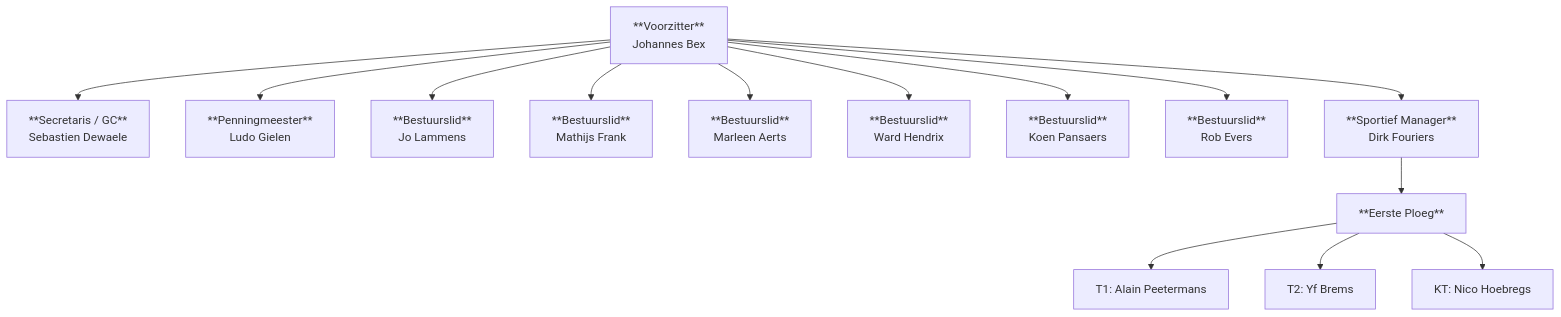
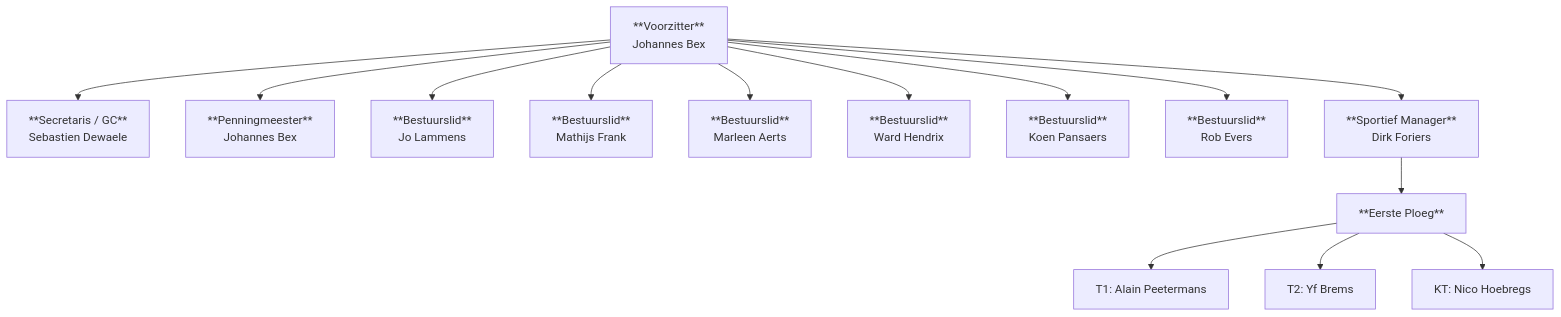
One commit to NielsJacobsDev/fc-landen changed the diagram in src/assets/blog/clubinfo/organogram.md. Above: the diagram before and after it, drawn with Mermaid. The commit also changed 3 other files, not shown here.

````diff
--- a/src/assets/blog/clubinfo/organogram.md
+++ b/src/assets/blog/clubinfo/organogram.md
@@ -16,31 +16,31 @@
 ```mermaid
 flowchart TD
     VOZ["**Voorzitter**\nJohannes Bex"]
     GC["**Secretaris / GC**\nSebastien Dewaele"]
-    PENN["**Penningmeester**\nLudo Gielen"]
+    PENN["**Penningmeester**\nJohannes Bex"]
     L1["**Bestuurslid**\nJo Lammens"]
     L2["**Bestuurslid**\nMathijs Frank"]
     L3["**Bestuurslid**\nMarleen Aerts"]
     L4["**Bestuurslid**\nWard Hendrix"]
     L5["**Bestuurslid**\nKoen Pansaers"]
     L6["**Bestuurslid**\nRob Evers"]
-    SM["**Sportief Manager**\nDirk Fouriers"]
+    SM["**Sportief Manager**\nDirk Foriers"]
     P1["**Eerste Ploeg**"]
     T1["T1: Alain Peetermans"]
     T2["T2: Yf Brems"]
     KT["KT: Nico Hoebregs"]
 
     VOZ --> GC
     VOZ --> PENN
     VOZ --> L1
     VOZ --> L2
     VOZ --> L3
     VOZ --> L4
     VOZ --> L5
     VOZ --> L6
     VOZ --> SM
     SM --> P1
     P1 --> T1
     P1 --> T2
     P1 --> KT
 ```
````
